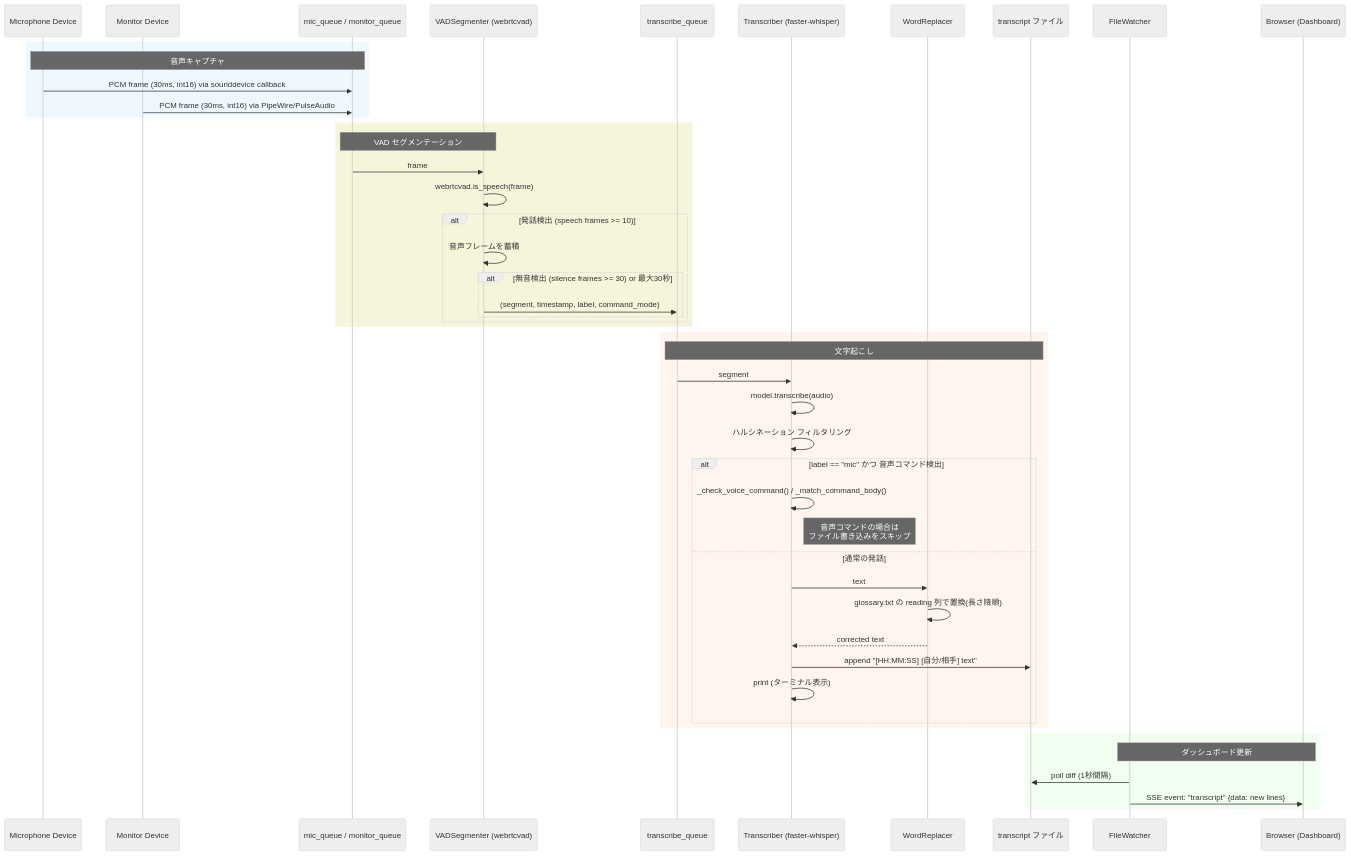
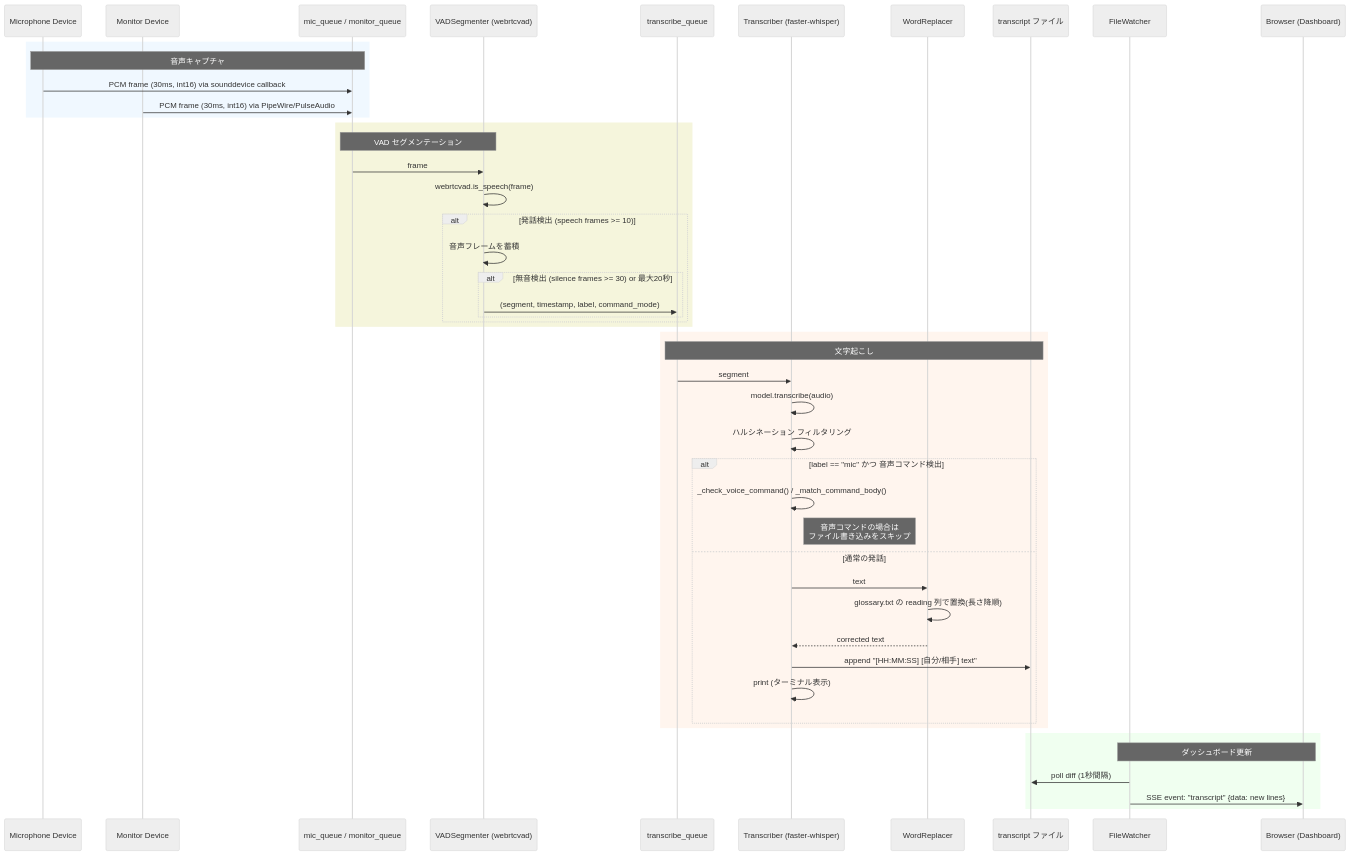
One commit to edocode/shadow-clerk changed the third of 7 diagrams in SPEC.md. Above: the diagram before and after it, drawn with Mermaid (neutral theme). The commit also changed 1 other file, not shown here.

Commit message:
Shorten MAX_SEGMENT_DURATION from 30s to 20s to cut ASR arena memory
The ASR inference arena scales with the longest segment fed to it.
Verified in-process with the production-default backend (faster-whisper
"small", int8, cpu): feeding a realistic mixed-duration session, resident
memory settles around 1266-1276MB when segments are capped at 30s vs.
1104-1111MB capped at 20s — a reproducible ~160-170MB steady-state
reduction (smaller than the ~292MB predicted from isolated 10s/30s arena
deltas, but a real and repeatable reclaim). VmHWM is dominated by a
model-load-time transient spike and doesn't reflect this; VmRSS after
settling does.

Confirmed the forced split in VADSegmenter.process_frame() (_daemon_vad.py)
is clean: _finalize_segment() concatenates and returns the full buffered
audio and resets state, so no audio is dropped. If speech continues past
the cap, frames keep appending to the next segment immediately (the
not-in_speech/is_speech branch appends too), so there's no stranded
fragment or gap — just a hard split into two segments.

Also updates SPEC.md's sequence diagram, which cited the old 30-second
figure.

````diff
--- a/SPEC.md
+++ b/SPEC.md
@@ -248,54 +248,54 @@
 ```mermaid
 sequenceDiagram
     participant Mic as Microphone Device
     participant Mon as Monitor Device
     participant Q as mic_queue / monitor_queue
     participant VAD as VADSegmenter (webrtcvad)
     participant TQ as transcribe_queue
     participant Whisper as Transcriber (faster-whisper)
     participant WR as WordReplacer
     participant File as transcript ファイル
     participant FW as FileWatcher
     participant Browser as Browser (Dashboard)
 
     rect rgb(240, 248, 255)
         Note over Mic, Q: 音声キャプチャ
         Mic->>Q: PCM frame (30ms, int16) via sounddevice callback
         Mon->>Q: PCM frame (30ms, int16) via PipeWire/PulseAudio
     end
 
     rect rgb(245, 245, 220)
         Note over Q, VAD: VAD セグメンテーション
         Q->>VAD: frame
         VAD->>VAD: webrtcvad.is_speech(frame)
         alt 発話検出 (speech frames >= 10)
             VAD->>VAD: 音声フレームを蓄積
-            alt 無音検出 (silence frames >= 30) or 最大30秒
+            alt 無音検出 (silence frames >= 30) or 最大20秒
                 VAD->>TQ: (segment, timestamp, label, command_mode)
             end
         end
     end
 
     rect rgb(255, 245, 238)
         Note over TQ, File: 文字起こし
         TQ->>Whisper: segment
         Whisper->>Whisper: model.transcribe(audio)
         Whisper->>Whisper: ハルシネーション フィルタリング
         alt label == "mic" かつ 音声コマンド検出
             Whisper->>Whisper: _check_voice_command() / _match_command_body()
             Note right of Whisper: 音声コマンドの場合は<br/>ファイル書き込みをスキップ
         else 通常の発話
             Whisper->>WR: text
             WR->>WR: glossary.txt の reading 列で置換(長さ降順)
             WR-->>Whisper: corrected text
             Whisper->>File: append "[HH:MM:SS] [自分/相手] text"
             Whisper->>Whisper: print (ターミナル表示)
         end
     end
 
     rect rgb(240, 255, 240)
         Note over FW, Browser: ダッシュボード更新
         FW->>File: poll diff (1秒間隔)
         FW->>Browser: SSE event: "transcript" {data: new lines}
     end
 ```
````
